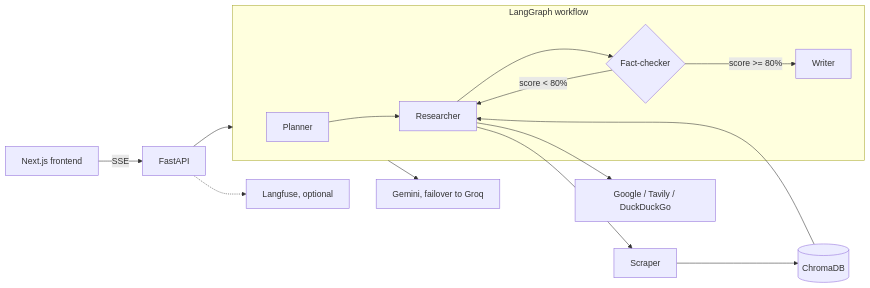
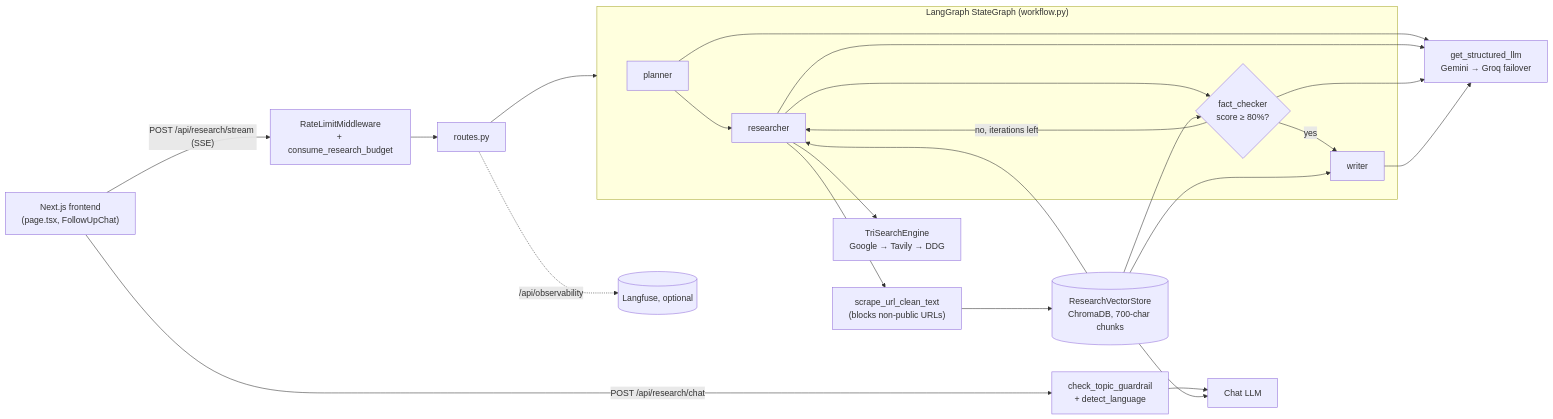
The diagram in README.md (alfandoo/rag-agentic-ai), drawn with Mermaid before and after one commit.

Commit message:
docs: make architecture diagram match the codebase

````diff
--- a/README.md
+++ b/README.md
@@ -26,19 +26,26 @@
 ```mermaid
 flowchart LR
-    UI[Next.js frontend] -->|SSE| API[FastAPI]
-    API --> Graph
+    UI["Next.js frontend<br/>(page.tsx, FollowUpChat)"] -->|"POST /api/research/stream (SSE)"| Mid["RateLimitMiddleware<br/>+ consume_research_budget"]
+    UI -->|"POST /api/research/chat"| Guard["check_topic_guardrail<br/>+ detect_language"]
+    Mid --> Routes["routes.py"]
+    Routes --> Graph
+    Guard --> Chat["Chat LLM"]
 
-    subgraph Graph [LangGraph workflow]
-        P[Planner] --> R[Researcher]
-        R --> F{Fact-checker}
-        F -->|score < 80%| R
-        F -->|score >= 80%| W[Writer]
+    subgraph Graph ["LangGraph StateGraph (workflow.py)"]
+        Planner["planner"] --> Researcher["researcher"]
+        Researcher --> FC{"fact_checker<br/>score ≥ 80%?"}
+        FC -->|"no, iterations left"| Researcher
+        FC -->|yes| Writer["writer"]
     end
 
-    R --> Search[Google / Tavily / DuckDuckGo]
-    R --> Scrape[Scraper]
-    Scrape --> Chroma[(ChromaDB)]
-    Chroma --> R
-    Graph --> LLM[Gemini, failover to Groq]
-    API -.-> Langfuse[Langfuse, optional]
+    Researcher --> Search["TriSearchEngine<br/>Google → Tavily → DDG"]
+    Researcher --> Scraper["scrape_url_clean_text<br/>(blocks non-public URLs)"]
+    Scraper --> VS[("ResearchVectorStore<br/>ChromaDB, 700-char chunks")]
+    VS --> Researcher
+    VS --> FC
+    VS --> Writer
+    VS --> Chat
+
+    Planner & Researcher & FC & Writer --> LLM["get_structured_llm<br/>Gemini → Groq failover"]
+    Routes -.->|"/api/observability"| Langfuse[("Langfuse, optional")]
 ```
````
